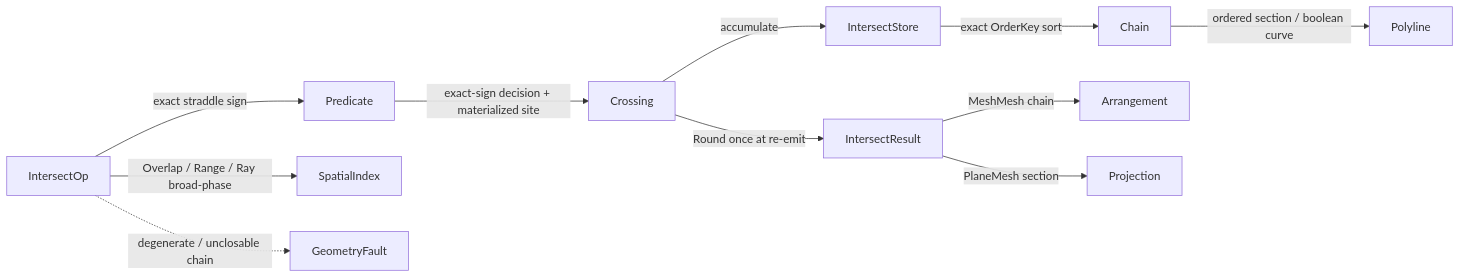
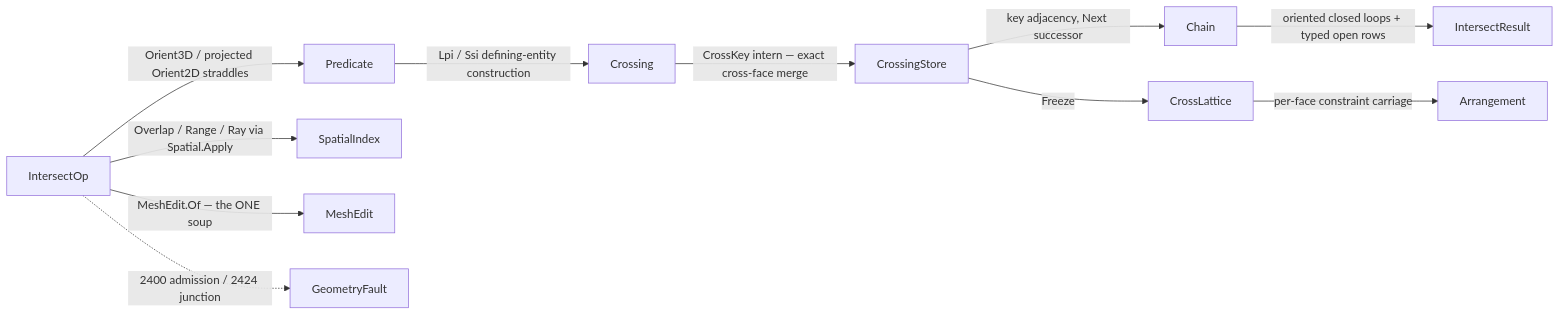
One commit to bsamiee/Rasm changed the diagram in libs/csharp/Rasm/.planning/Meshing/intersect.md. Above: the diagram before and after it, drawn with Mermaid. The commit also changed other lines of this file and 22 other files, not shown here.

````diff
--- a/libs/csharp/Rasm/.planning/Meshing/intersect.md
+++ b/libs/csharp/Rasm/.planning/Meshing/intersect.md
@@ -357,13 +448,13 @@
 ```mermaid
 flowchart LR
-    IntersectOp -->|exact straddle sign| Predicate
-    IntersectOp -->|Overlap / Range / Ray broad-phase| SpatialIndex
-    Predicate -->|exact-sign decision + materialized site| Crossing
-    Crossing -->|accumulate| IntersectStore
-    IntersectStore -->|exact OrderKey sort| Chain
-    Chain -->|ordered section / boolean curve| Polyline
-    Crossing -->|Round once at re-emit| IntersectResult
-    IntersectResult -->|MeshMesh chain| Arrangement
-    IntersectResult -->|PlaneMesh section| Projection
-    IntersectOp -.->|degenerate / unclosable chain| GeometryFault
+    IntersectOp -->|Orient3D / projected Orient2D straddles| Predicate
+    IntersectOp -->|Overlap / Range / Ray via Spatial.Apply| SpatialIndex
+    IntersectOp -->|MeshEdit.Of — the ONE soup| MeshEdit
+    Predicate -->|Lpi / Ssi defining-entity construction| Crossing
+    Crossing -->|CrossKey intern — exact cross-face merge| CrossingStore
+    CrossingStore -->|key adjacency, Next successor| Chain
+    Chain -->|oriented closed loops + typed open rows| IntersectResult
+    CrossingStore -->|Freeze| CrossLattice
+    CrossLattice -->|per-face constraint carriage| Arrangement
+    IntersectOp -.->|2400 admission / 2424 junction| GeometryFault
 ```
````
